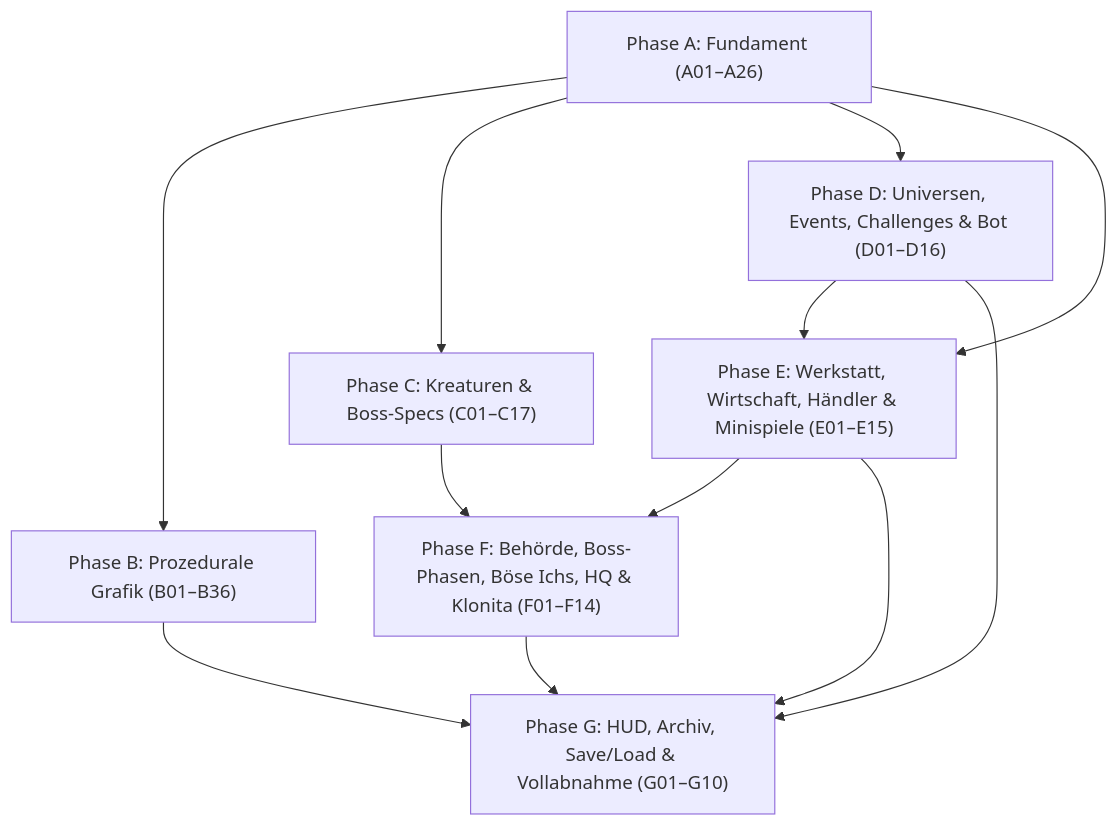
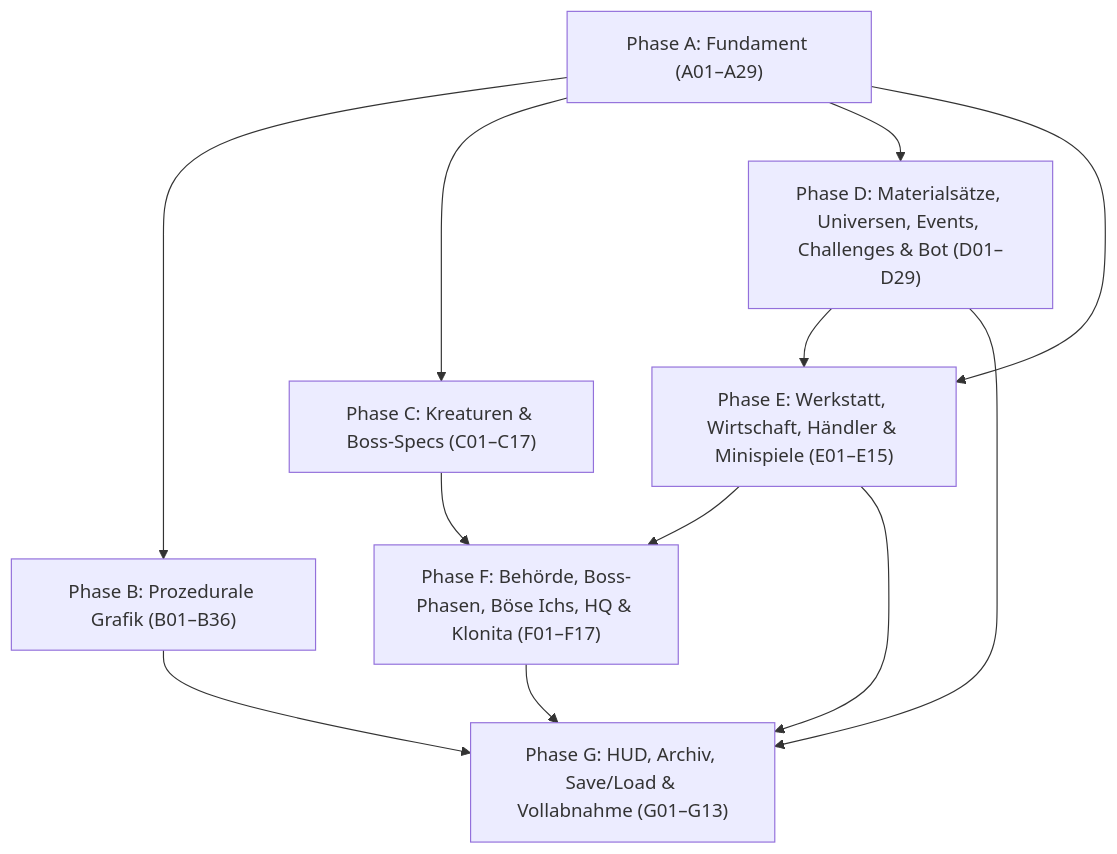
One commit to TGBox/py-noita-claude changed the diagram in docs/plan/README.md. Above: the diagram before and after it, drawn with Mermaid. The commit also changed other lines of this file and 48 other files, not shown here.

````diff
--- a/docs/plan/README.md
+++ b/docs/plan/README.md
@@ -55,22 +57,22 @@
 ```mermaid
 flowchart TD
-    A["Phase A: Fundament (A01–A26)"]
+    A["Phase A: Fundament (A01–A29)"]
     B["Phase B: Prozedurale Grafik (B01–B36)"]
     C["Phase C: Kreaturen & Boss-Specs (C01–C17)"]
-    D["Phase D: Universen, Events, Challenges & Bot (D01–D16)"]
+    D["Phase D: Materialsätze, Universen, Events, Challenges & Bot (D01–D29)"]
     E["Phase E: Werkstatt, Wirtschaft, Händler & Minispiele (E01–E15)"]
-    F["Phase F: Behörde, Boss-Phasen, Böse Ichs, HQ & Klonita (F01–F14)"]
-    G["Phase G: HUD, Archiv, Save/Load & Vollabnahme (G01–G10)"]
+    F["Phase F: Behörde, Boss-Phasen, Böse Ichs, HQ & Klonita (F01–F17)"]
+    G["Phase G: HUD, Archiv, Save/Load & Vollabnahme (G01–G13)"]
 
     A --> B
     A --> C
     A --> D
     A --> E
     C --> F
     D --> E
     E --> F
     B --> G
     D --> G
     E --> G
     F --> G
 ```
````
